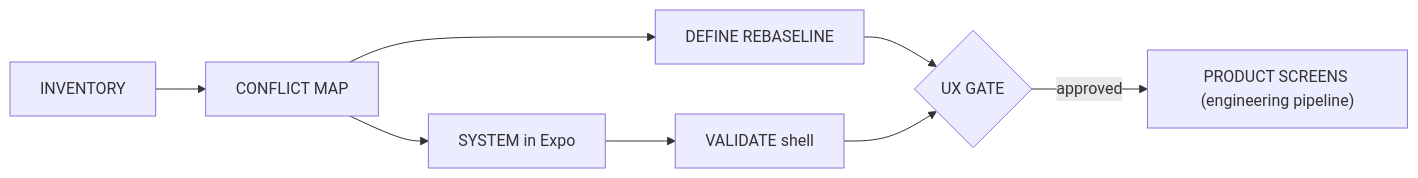
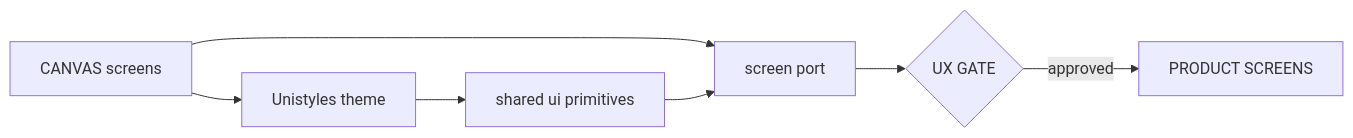
Before and after one commit to KurbatovIvann/showzy-v2: the diagram in docs/design/process.md, drawn with Mermaid. The commit also changed other lines of this file and 22 other files, not shown here.

````diff
--- a/docs/design/process.md
+++ b/docs/design/process.md
@@ -20,10 +18,9 @@
 ```mermaid
 flowchart LR
-  I["INVENTORY"] --> C["CONFLICT MAP"]
-  C --> D["DEFINE REBASELINE"]
-  C --> S["SYSTEM in Expo"]
-  D --> G{"UX GATE"}
-  S --> V["VALIDATE shell"]
-  V --> G
-  G -->|approved| UI["PRODUCT SCREENS (engineering pipeline)"]
+  C["CANVAS screens"] --> T["Unistyles theme"]
+  T --> P["shared ui primitives"]
+  C --> S["screen port"]
+  P --> S
+  S --> G{"UX GATE"}
+  G -->|approved| UI["PRODUCT SCREENS"]
 ```
````
